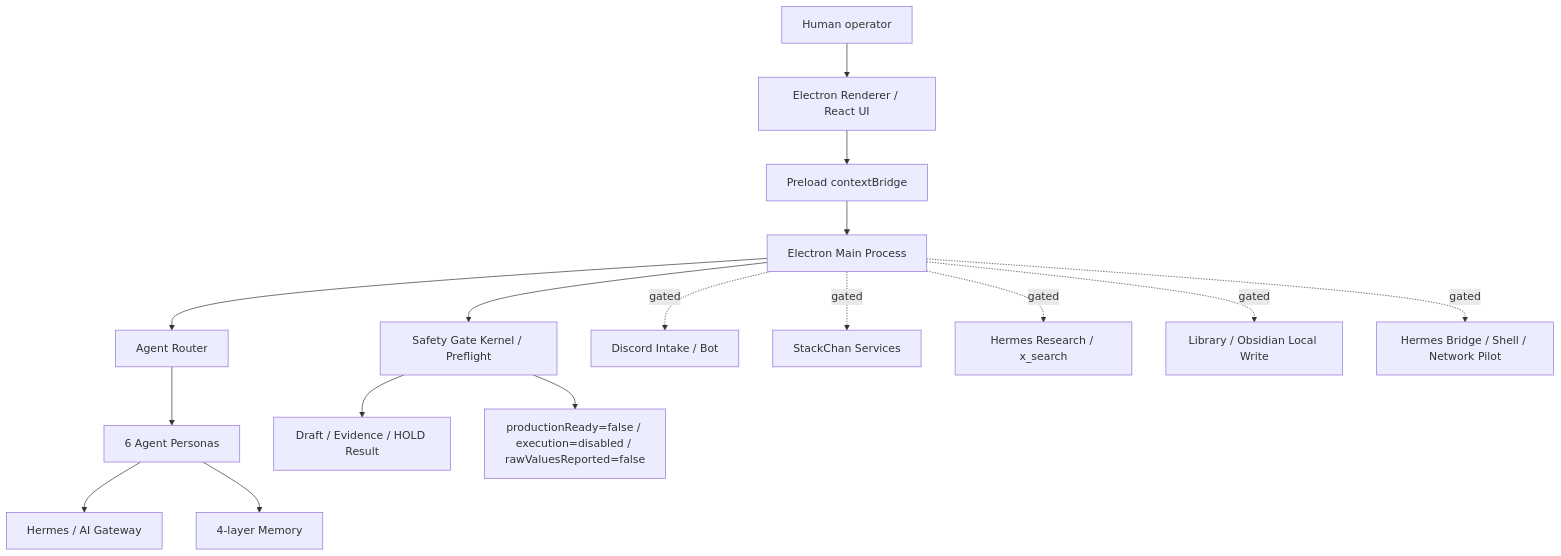
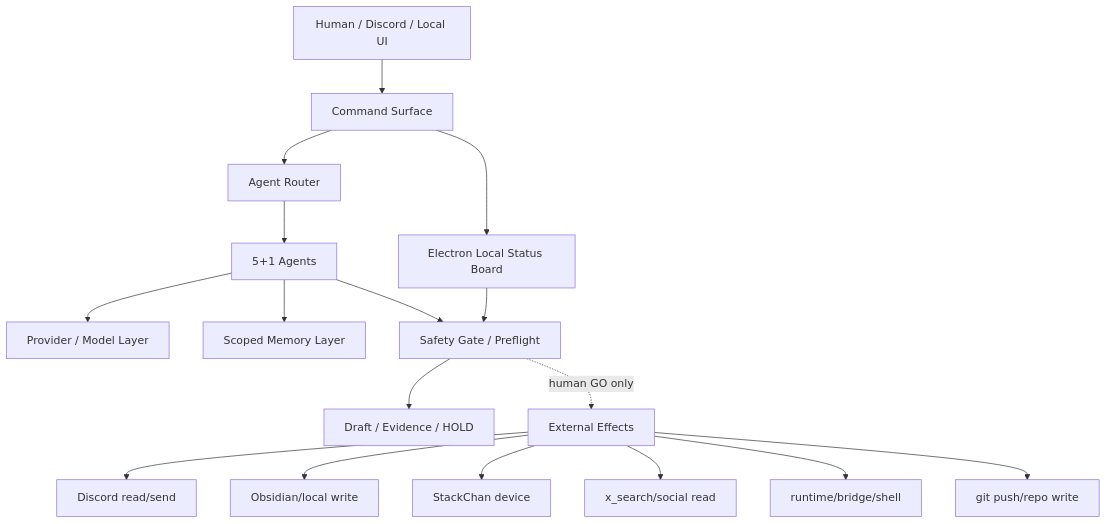
One commit to tkFX-0/hermes-desktop changed the diagram in docs/shikishima/SYSTEM_DESIGN_OVERVIEW.md. Above: the diagram before and after it, drawn with Mermaid. The commit also changed other lines of this file, not shown here.

````diff
--- a/docs/shikishima/SYSTEM_DESIGN_OVERVIEW.md
+++ b/docs/shikishima/SYSTEM_DESIGN_OVERVIEW.md
@@ -101,22 +154,22 @@
 ```mermaid
 flowchart TD
-  User["Human operator"] --> Renderer["Electron Renderer / React UI"]
-  Renderer --> Preload["Preload contextBridge"]
-  Preload --> Main["Electron Main Process"]
+  User["Human / Discord / Local UI"] --> Entry["Command Surface"]
+  Entry --> Router["Agent Router"]
+  Router --> Agents["5+1 Agents"]
+  Agents --> Model["Provider / Model Layer"]
+  Agents --> Memory["Scoped Memory Layer"]
+  Agents --> Safety["Safety Gate / Preflight"]
 
-  Main --> Router["Agent Router"]
-  Router --> Agents["6 Agent Personas"]
-  Agents --> Hermes["Hermes / AI Gateway"]
-  Agents --> Memory["4-layer Memory"]
+  Safety --> Draft["Draft / Evidence / HOLD"]
+  Safety -. human GO only .-> External["External Effects"]
 
-  Main --> Safety["Safety Gate Kernel / Preflight"]
-  Safety --> Drafts["Draft / Evidence / HOLD Result"]
+  External --> Discord["Discord read/send"]
+  External --> Obsidian["Obsidian/local write"]
+  External --> StackChan["StackChan device"]
+  External --> XSearch["x_search/social read"]
+  External --> Runtime["runtime/bridge/shell"]
+  External --> Repo["git push/repo write"]
 
-  Main -. gated .-> Discord["Discord Intake / Bot"]
-  Main -. gated .-> StackChan["StackChan Services"]
-  Main -. gated .-> Research["Hermes Research / x_search"]
-  Main -. gated .-> Library["Library / Obsidian Local Write"]
-  Main -. gated .-> Bridge["Hermes Bridge / Shell / Network Pilot"]
-
-  Safety --> Invariants["productionReady=false / execution=disabled / rawValuesReported=false"]
+  Entry --> Status["Electron Local Status Board"]
+  Status --> Safety
 ```
````
